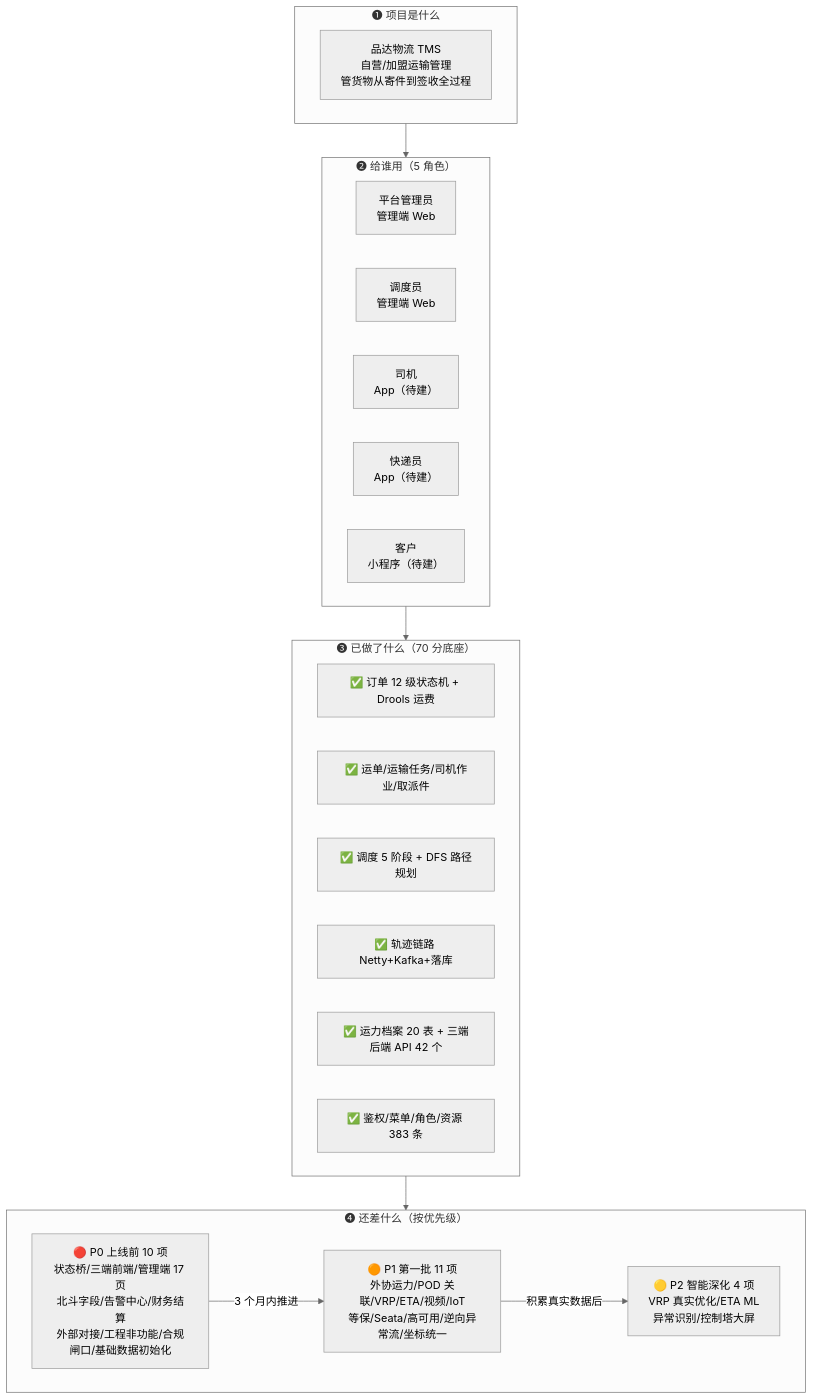
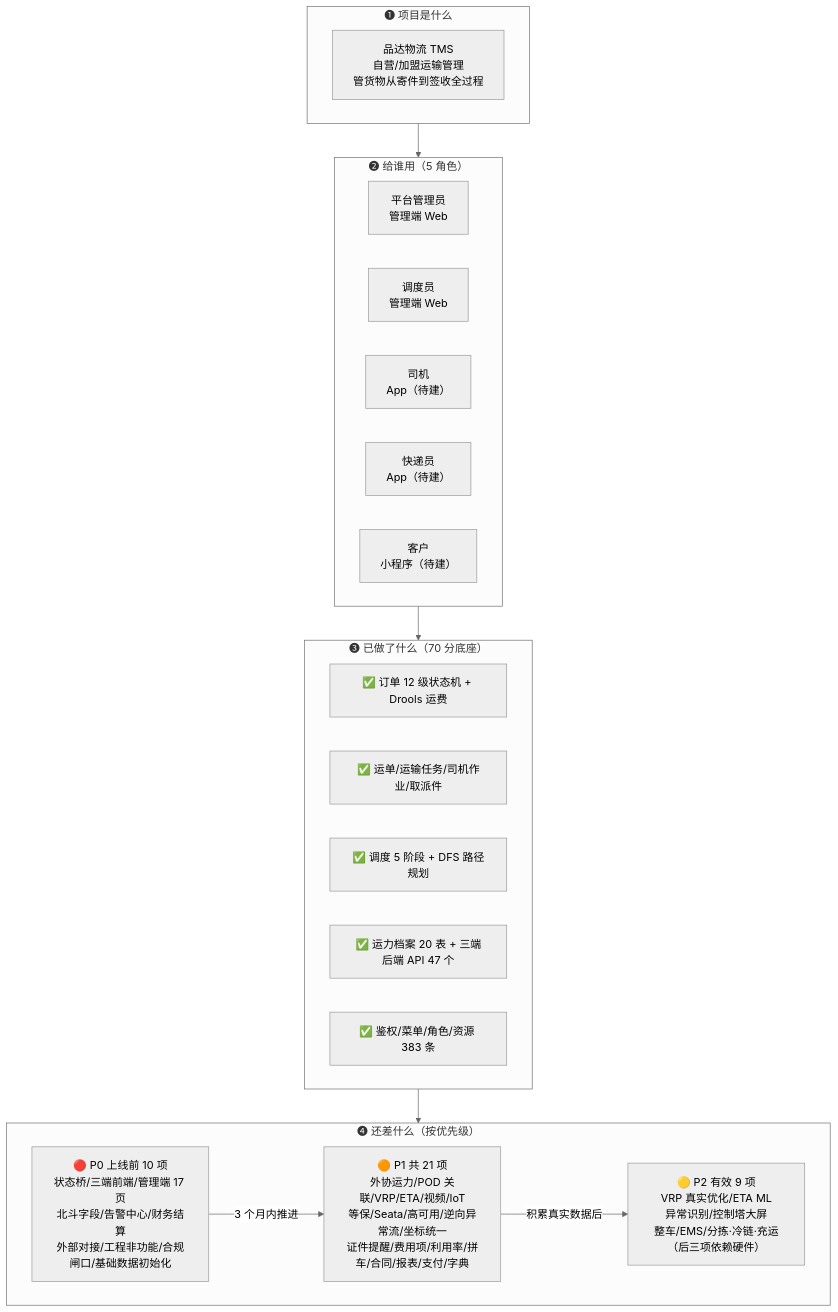
Before and after one commit to itxinfei/pinda-tms: the diagram in docs/需求文档/01-业务需求全景.md, drawn with Mermaid (neutral theme). The commit also changed other lines of this file and 955 other files, not shown here.

````diff
--- a/docs/需求文档/01-业务需求全景.md
+++ b/docs/需求文档/01-业务需求全景.md
@@ -12,31 +12,30 @@
 ```mermaid
 flowchart TB
     subgraph A["❶ 项目是什么"]
         A1["品达物流 TMS<br/>自营/加盟运输管理<br/>管货物从寄件到签收全过程"]
     end
     subgraph B["❷ 给谁用（5 角色）"]
         B1["平台管理员<br/>管理端 Web"]
         B2["调度员<br/>管理端 Web"]
         B3["司机<br/>App（待建）"]
         B4["快递员<br/>App（待建）"]
         B5["客户<br/>小程序（待建）"]
     end
     subgraph C["❸ 已做了什么（70 分底座）"]
         C1["✅ 订单 12 级状态机 + Drools 运费"]
         C2["✅ 运单/运输任务/司机作业/取派件"]
         C3["✅ 调度 5 阶段 + DFS 路径规划"]
-        C4["✅ 轨迹链路 Netty+Kafka+落库"]
-        C5["✅ 运力档案 20 表 + 三端后端 API 42 个"]
+        C5["✅ 运力档案 20 表 + 三端后端 API 47 个"]
         C6["✅ 鉴权/菜单/角色/资源 383 条"]
     end
     subgraph D["❹ 还差什么（按优先级）"]
         D1["🔴 P0 上线前 10 项<br/>状态桥/三端前端/管理端 17 页<br/>北斗字段/告警中心/财务结算<br/>外部对接/工程非功能/合规闸口/基础数据初始化"]
-        D2["🟠 P1 第一批 11 项<br/>外协运力/POD 关联/VRP/ETA/视频/IoT<br/>等保/Seata/高可用/逆向异常流/坐标统一"]
-        D3["🟡 P2 智能深化 4 项<br/>VRP 真实优化/ETA ML<br/>异常识别/控制塔大屏"]
+        D2["🟠 P1 共 21 项<br/>外协运力/POD 关联/VRP/ETA/视频/IoT<br/>等保/Seata/高可用/逆向异常流/坐标统一<br/>证件提醒/费用项/利用率/拼车/合同/报表/支付/字典"]
+        D3["🟡 P2 有效 9 项<br/>VRP 真实优化/ETA ML<br/>异常识别/控制塔大屏<br/>整车/EMS/分拣·冷链·充运（后三项依赖硬件）"]
     end
     A --> B
     B --> C
     C --> D
     D1 -->|"3 个月内推进"| D2
     D2 -->|"积累真实数据后"| D3
 ```
````
